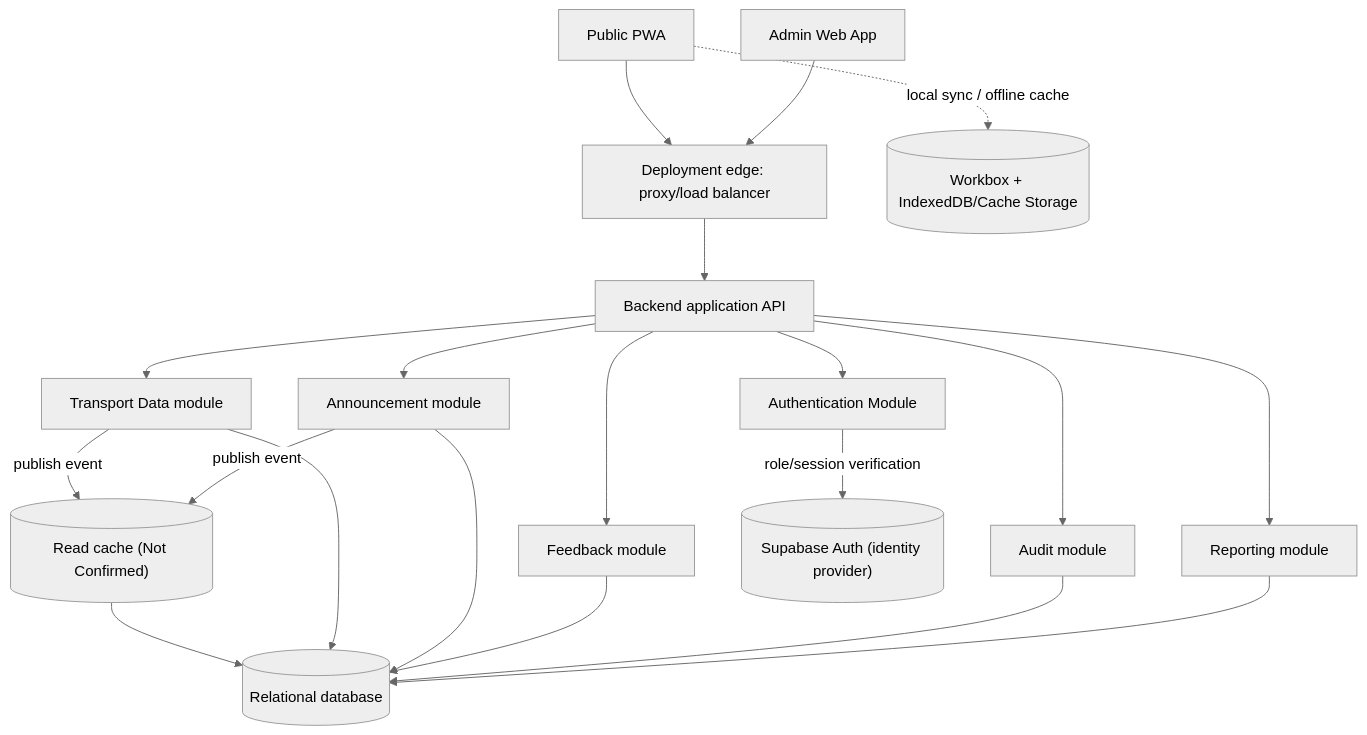
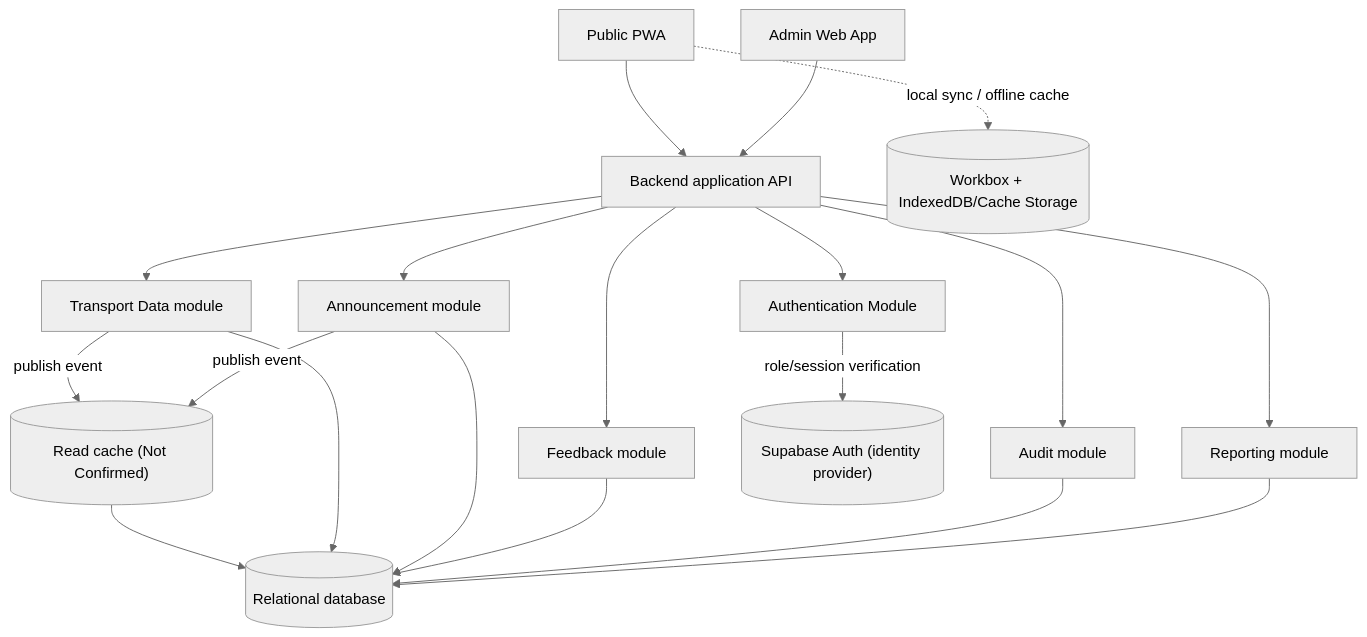
Before and after one commit to DaniyalZaki/TransportManagementSystem: the diagram in architecture.md, drawn with Mermaid (neutral theme). The commit also changed other lines of this file and 5 other files, not shown here.

````diff
--- a/architecture.md
+++ b/architecture.md
@@ -49,22 +47,21 @@
 ```mermaid
 flowchart TD
-    PUI[Public PWA] --> EDGE[Deployment edge: proxy/load balancer]
-    AUI[Admin Web App] --> EDGE
-    EDGE --> API[Backend application API]
+    PUI[Public PWA] --> API[Backend application API]
+    AUI[Admin Web App] --> API
     API --> TD[Transport Data module]
     API --> ANN[Announcement module]
     API --> FB[Feedback module]
     API --> AUD[Audit module]
     API --> REP[Reporting module]
     API --> AUTH[Authentication Module]
     TD -->|publish event| CACHE[("Read cache (Not Confirmed)")]
     ANN -->|publish event| CACHE
     CACHE --> DB[(Relational database)]
     TD --> DB
     ANN --> DB
     FB --> DB
     AUD --> DB
     REP --> DB
     AUTH -->|role/session verification| IDP[("Supabase Auth (identity provider)")]
     PUI -.->|local sync / offline cache| LOCAL[("Workbox + IndexedDB/Cache Storage")]
 ```
````
